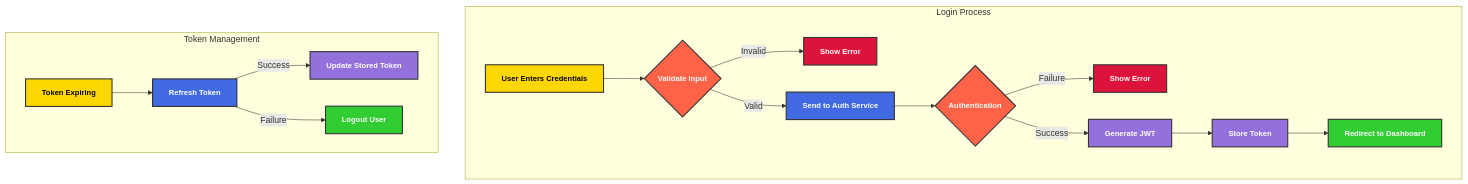
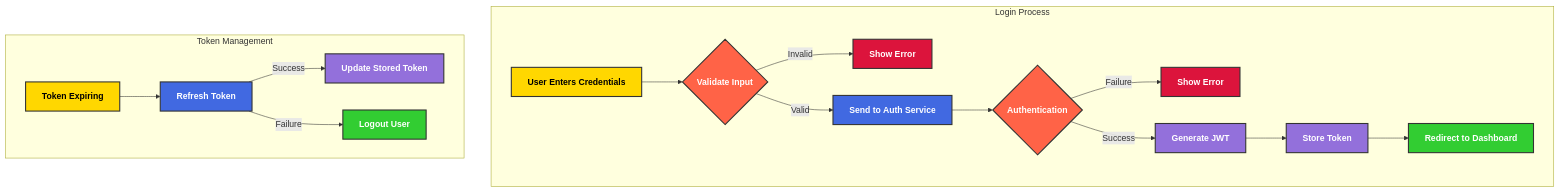
One commit to TuPhung369/Haaga_Backend_Programming changed the third of 4 diagrams in TuPhung_Docs/docs/architecture.md. Above: the diagram before and after it, drawn with Mermaid. The commit also changed other lines of this file and 29 other files, not shown here.

````diff
--- a/TuPhung_Docs/docs/architecture.md
+++ b/TuPhung_Docs/docs/architecture.md
@@ -124,37 +125,37 @@
 ```mermaid
 flowchart TD
     %% Styling
-    classDef userAction fill:#FFD700,stroke:#333,stroke-width:2px,color:#000,font-weight:bold,font-size:14px
-    classDef decision fill:#FF6347,stroke:#333,stroke-width:2px,color:#fff,font-weight:bold,font-size:14px
-    classDef error fill:#DC143C,stroke:#333,stroke-width:2px,color:#fff,font-weight:bold,font-size:14px
-    classDef process fill:#4169E1,stroke:#333,stroke-width:2px,color:#fff,font-weight:bold,font-size:14px
-    classDef success fill:#32CD32,stroke:#333,stroke-width:2px,color:#fff,font-weight:bold,font-size:14px
-    classDef token fill:#9370DB,stroke:#333,stroke-width:2px,color:#fff,font-weight:bold,font-size:14px
+    classDef userAction fill:#FFD700,stroke:#333,stroke-width:2px,color:#000,font-weight:bold
+    classDef decision fill:#FF6347,stroke:#333,stroke-width:2px,color:#fff,font-weight:bold
+    classDef error fill:#DC143C,stroke:#333,stroke-width:2px,color:#fff,font-weight:bold
+    classDef process fill:#4169E1,stroke:#333,stroke-width:2px,color:#fff,font-weight:bold
+    classDef success fill:#32CD32,stroke:#333,stroke-width:2px,color:#fff,font-weight:bold
+    classDef token fill:#9370DB,stroke:#333,stroke-width:2px,color:#fff,font-weight:bold
 
     %% Main Authentication Flow
     subgraph "Login Process"
         A[User Enters Credentials] --> B{Validate Input}
         B -->|Invalid| C[Show Error]
         B -->|Valid| D[Send to Auth Service]
         D --> E{Authentication}
         E -->|Failure| F[Show Error]
         E -->|Success| G[Generate JWT]
         G --> H[Store Token]
         H --> I[Redirect to Dashboard]
     end
 
     %% Token Refresh Flow
     subgraph "Token Management"
         J[Token Expiring] --> K[Refresh Token]
         K -->|Success| L[Update Stored Token]
         K -->|Failure| M[Logout User]
     end
 
     %% Apply styles
     class A,J userAction
     class B,E decision
     class C,F error
     class D,K process
     class G,H,L token
     class I,M success
 ```
````
